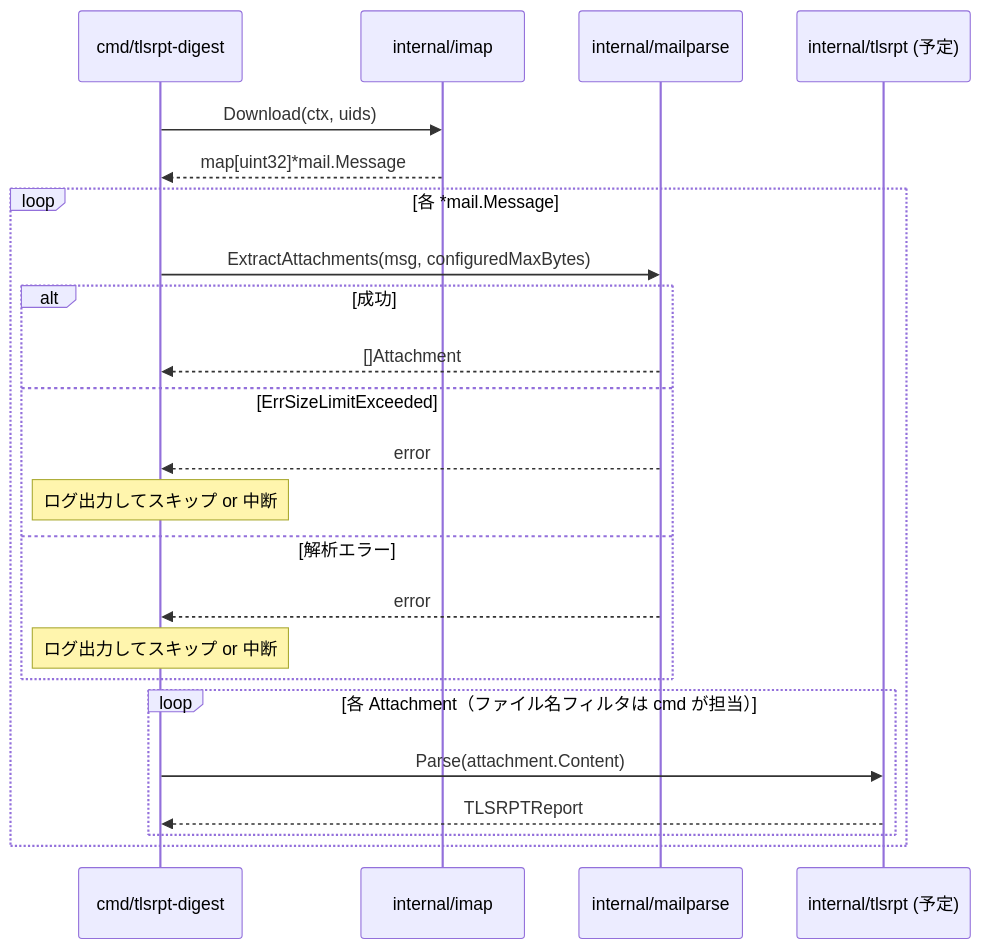
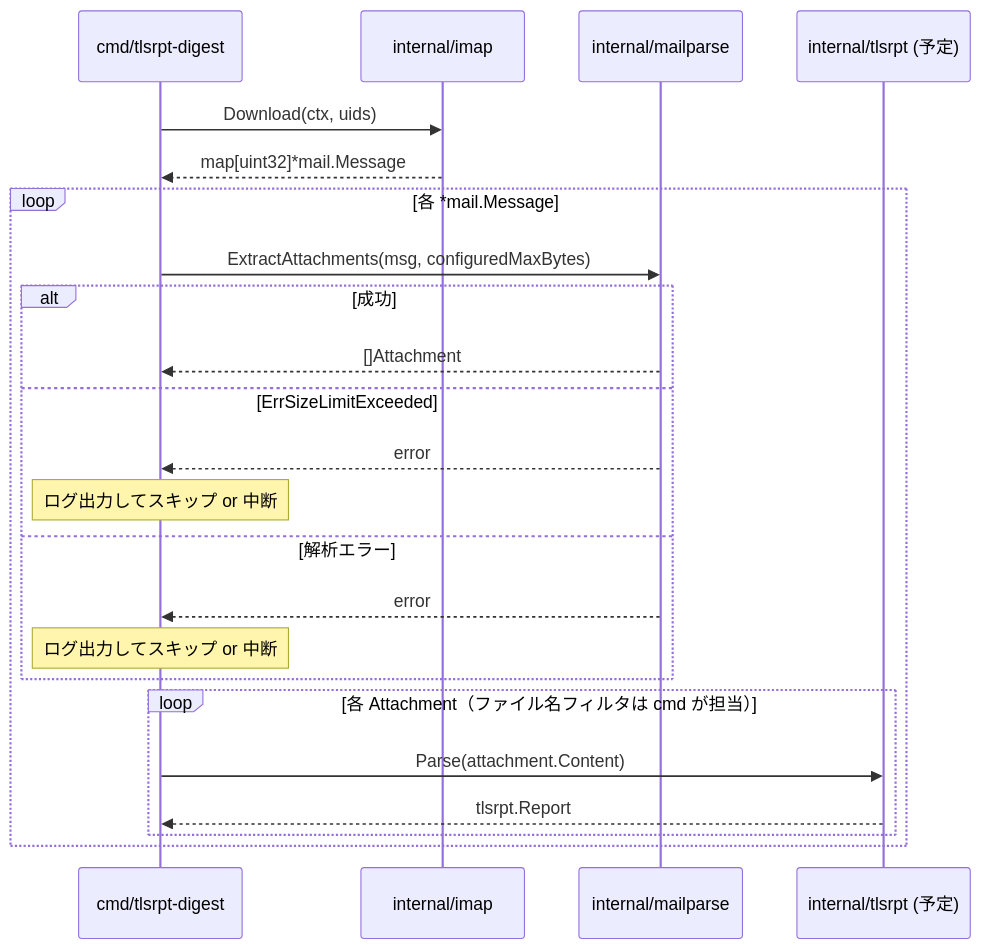
The sixth of 8 diagrams in docs/tasks/0011_mailparse/02_architecture.md (isseis/tlsrpt-digest), drawn with Mermaid before and after one commit. The commit also changed 3 other files, not shown here.

First line of the commit message:
docs: rename TLSRPTReport to Report to avoid package name stutter

````diff
--- a/docs/tasks/0011_mailparse/02_architecture.md
+++ b/docs/tasks/0011_mailparse/02_architecture.md
@@ -187,28 +187,28 @@
 ```mermaid
 sequenceDiagram
     participant cmd as cmd/tlsrpt-digest
     participant imap as internal/imap
     participant mp as internal/mailparse
     participant tlsrpt as internal/tlsrpt (予定)
 
     cmd->>imap: Download(ctx, uids)
     imap-->>cmd: map[uint32]*mail.Message
 
     loop 各 *mail.Message
         cmd->>mp: ExtractAttachments(msg, configuredMaxBytes)
         alt 成功
             mp-->>cmd: []Attachment
         else ErrSizeLimitExceeded
             mp-->>cmd: error
             Note over cmd: ログ出力してスキップ or 中断
         else 解析エラー
             mp-->>cmd: error
             Note over cmd: ログ出力してスキップ or 中断
         end
 
         loop 各 Attachment（ファイル名フィルタは cmd が担当）
             cmd->>tlsrpt: Parse(attachment.Content)
-            tlsrpt-->>cmd: TLSRPTReport
+            tlsrpt-->>cmd: tlsrpt.Report
         end
     end
 ```
````
